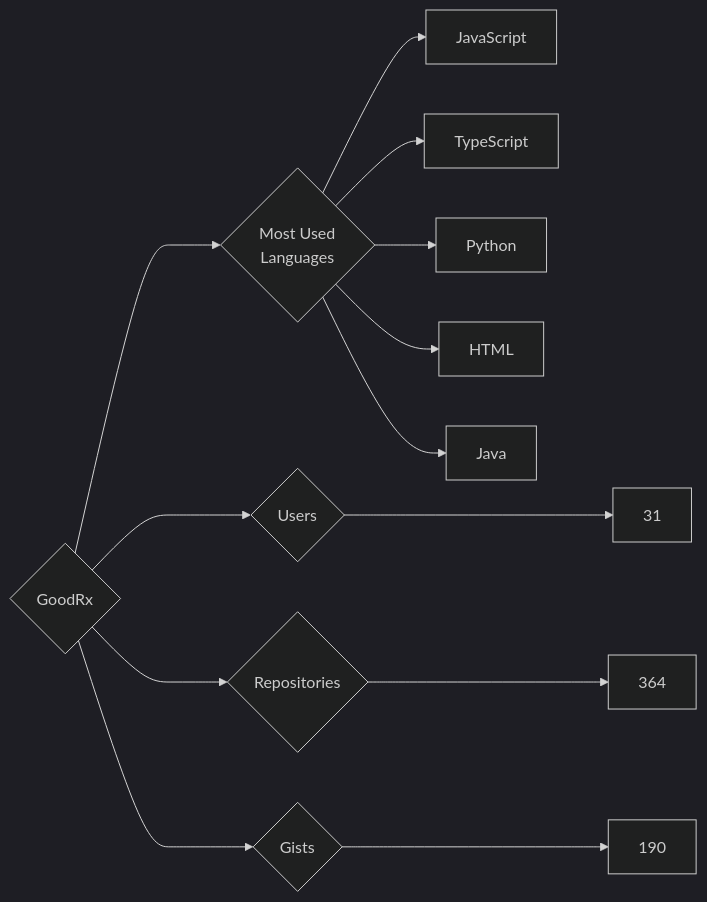
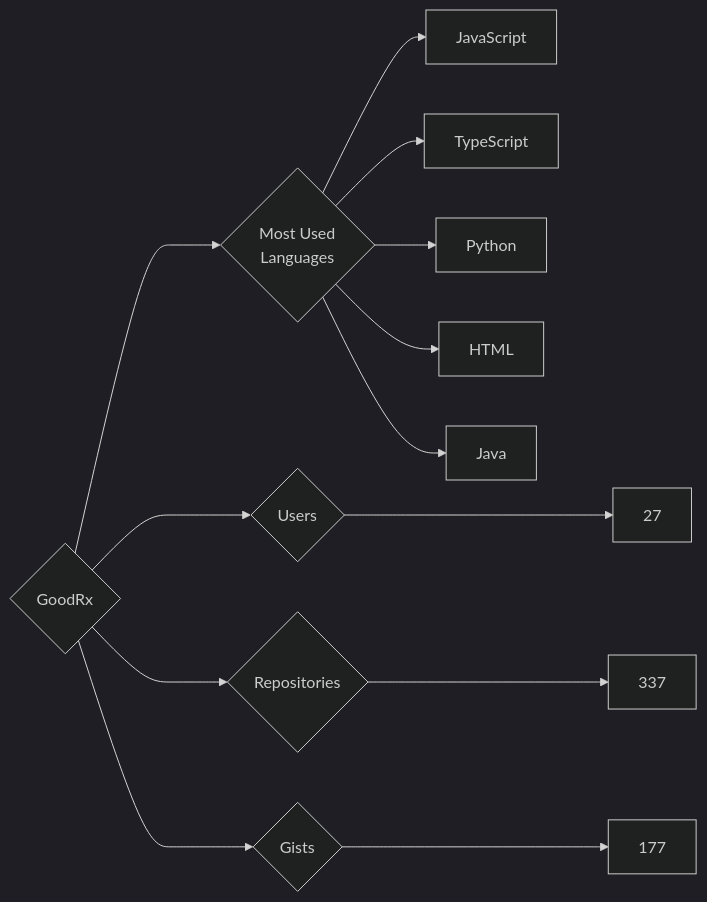
One commit to trickest/insiders changed the diagram in targets/GoodRx/README.md. Above: the diagram before and after it, drawn with Mermaid (dark theme). The commit also changed 636 other files, not shown here.

````diff
--- a/targets/GoodRx/README.md
+++ b/targets/GoodRx/README.md
@@ -3,13 +3,13 @@
 ```mermaid
 graph LR
 COMPANY_NAME{GoodRx}
-COMPANY_NAME ---> U{Users} ---> UN[31]
-COMPANY_NAME ---> R{Repositories} ---> RN[364]
-COMPANY_NAME ---> G{Gists} ---> GN[190]
+COMPANY_NAME ---> U{Users} ---> UN[27]
+COMPANY_NAME ---> R{Repositories} ---> RN[337]
+COMPANY_NAME ---> G{Gists} ---> GN[177]
 COMPANY_NAME ---> ML{Most Used<br>Languages}
 ML --> JavaScript[JavaScript]
 ML --> TypeScript[TypeScript]
 ML --> Python[Python]
 ML --> HTML[HTML]
 ML --> Java[Java]
 ```
````
